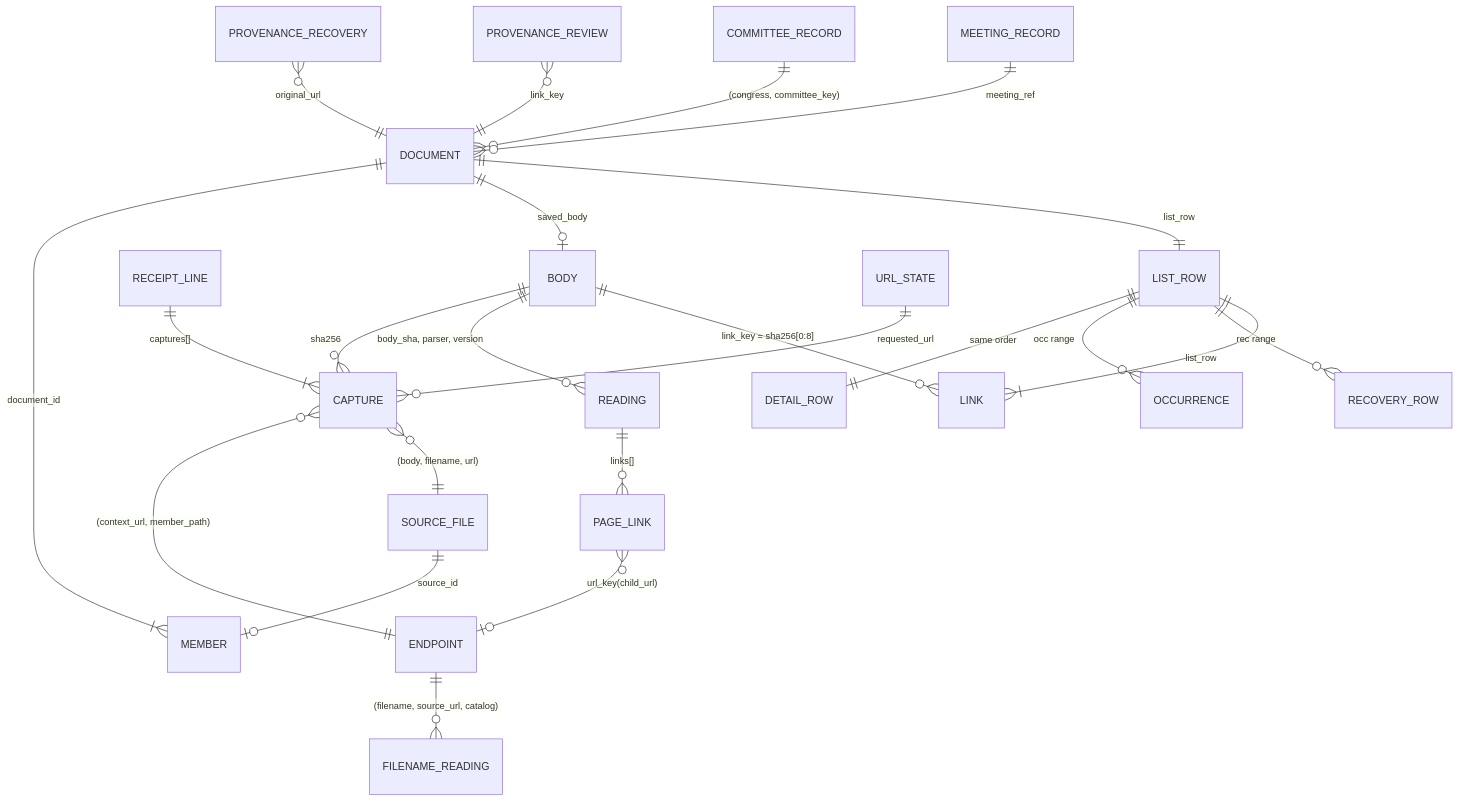
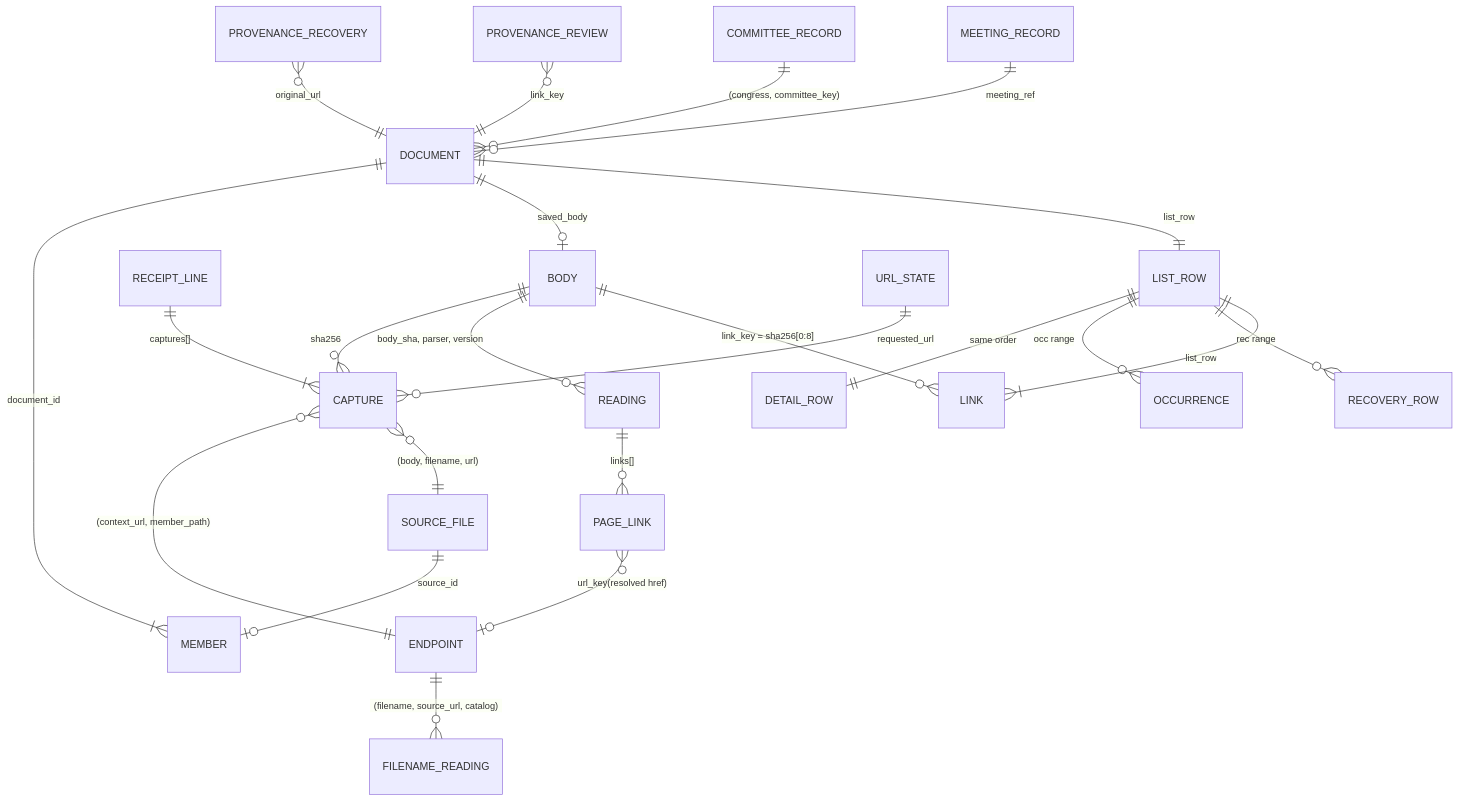
Before and after one commit to civictechdc/congressional-tech: the diagram in docs/engine-first-data-model.md, drawn with Mermaid. The commit also changed other lines of this file and 2 other files, not shown here.

````diff
--- a/docs/engine-first-data-model.md
+++ b/docs/engine-first-data-model.md
@@ -573,25 +580,25 @@
 ```mermaid
 erDiagram
   BODY ||--o{ CAPTURE : "sha256"
   RECEIPT_LINE ||--|{ CAPTURE : "captures[]"
   CAPTURE }o--|| ENDPOINT : "(context_url, member_path)"
   BODY ||--o{ READING : "body_sha, parser, version"
   READING ||--o{ PAGE_LINK : "links[]"
-  PAGE_LINK }o--o| ENDPOINT : "url_key(child_url)"
+  PAGE_LINK }o--o| ENDPOINT : "url_key(resolved href)"
   ENDPOINT ||--o{ FILENAME_READING : "(filename, source_url, catalog)"
   CAPTURE }o--|| SOURCE_FILE : "(body, filename, url)"
   SOURCE_FILE ||--o| MEMBER : "source_id"
   DOCUMENT ||--|{ MEMBER : "document_id"
   DOCUMENT ||--o| BODY : "saved_body"
   DOCUMENT ||--|| LIST_ROW : "list_row"
   LIST_ROW ||--|| DETAIL_ROW : "same order"
   LIST_ROW ||--o{ OCCURRENCE : "occ range"
   LIST_ROW ||--o{ RECOVERY_ROW : "rec range"
   LIST_ROW ||--|{ LINK : "list_row"
   BODY ||--o{ LINK : "link_key = sha256[0:8]"
   PROVENANCE_RECOVERY }o--|| DOCUMENT : "original_url"
   PROVENANCE_REVIEW }o--|| DOCUMENT : "link_key"
   URL_STATE ||--o{ CAPTURE : "requested_url"
   COMMITTEE_RECORD ||--o{ DOCUMENT : "(congress, committee_key)"
   MEETING_RECORD ||--o{ DOCUMENT : "meeting_ref"
 ```
````
